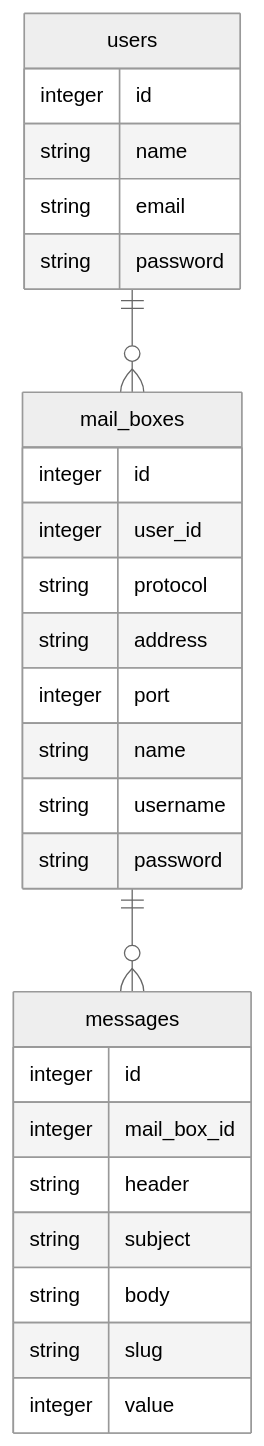
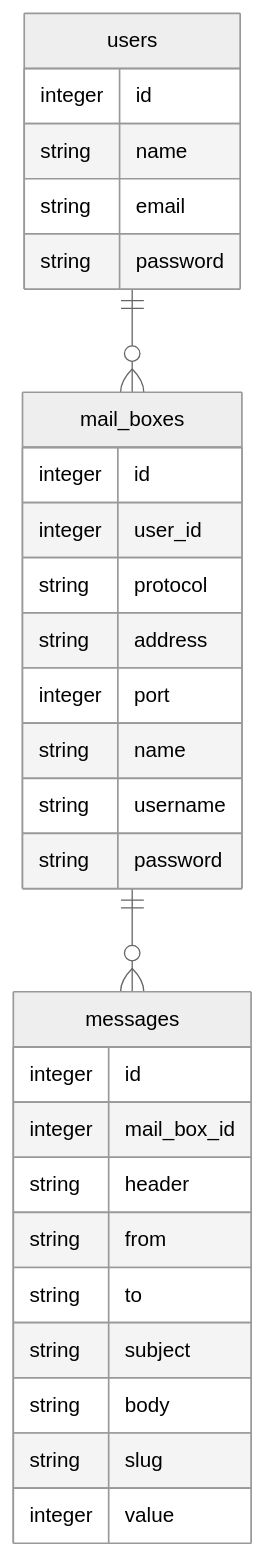
One commit to kurohara/pseudomailbin changed the diagram in README.md. Above: the diagram before and after it, drawn with Mermaid (neutral theme). The commit also changed other lines of this file and 11 other files, not shown here.

````diff
--- a/README.md
+++ b/README.md
@@ -52,33 +58,35 @@
 ```mermaid
 erDiagram
 users ||--o{ mail_boxes: ""
 mail_boxes ||--o{ messages: ""
 
 users {
     integer id
     string name
     string email
     string password
 }
 
 mail_boxes {
     integer id
     integer user_id
     string protocol
     string address
     integer port
     string name
     string username
     string password
 }
 
 messages {
     integer id
     integer mail_box_id
     string header
+    string from
+    string to
     string subject
     string body
     string slug
     integer value
 }
 ```
````
